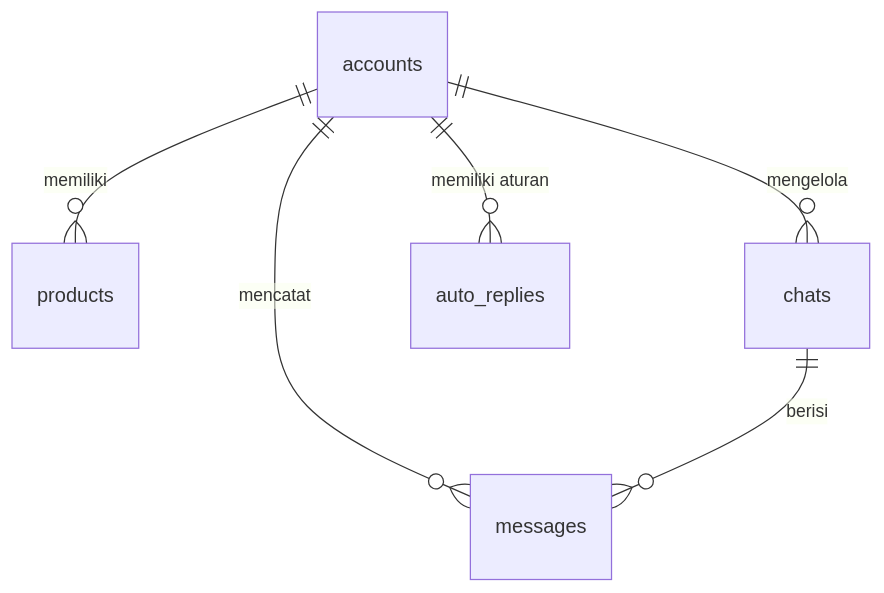
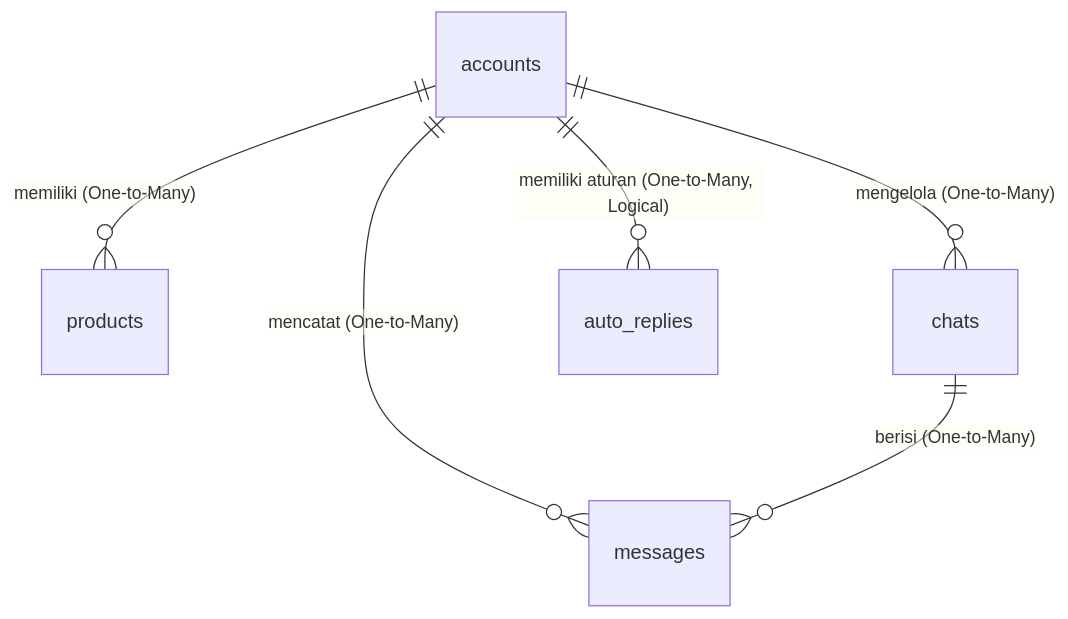
Before and after one commit to cyrzll/replyHub: the diagram in DATABASE.md, drawn with Mermaid. The commit also changed other lines of this file, not shown here.

Commit message:
update: flow

````diff
--- a/DATABASE.md
+++ b/DATABASE.md
@@ -115,8 +115,8 @@
 ```mermaid
 erDiagram
-    accounts ||--o{ products : "memiliki"
-    accounts ||--o{ chats : "mengelola"
-    accounts ||--o{ messages : "mencatat"
-    accounts ||--o{ auto_replies : "memiliki aturan"
-    chats ||--o{ messages : "berisi"
+    accounts ||--o{ products : "memiliki (One-to-Many)"
+    accounts ||--o{ chats : "mengelola (One-to-Many)"
+    accounts ||--o{ messages : "mencatat (One-to-Many)"
+    accounts ||--o{ auto_replies : "memiliki aturan (One-to-Many, Logical)"
+    chats ||--o{ messages : "berisi (One-to-Many)"
 ```
````
